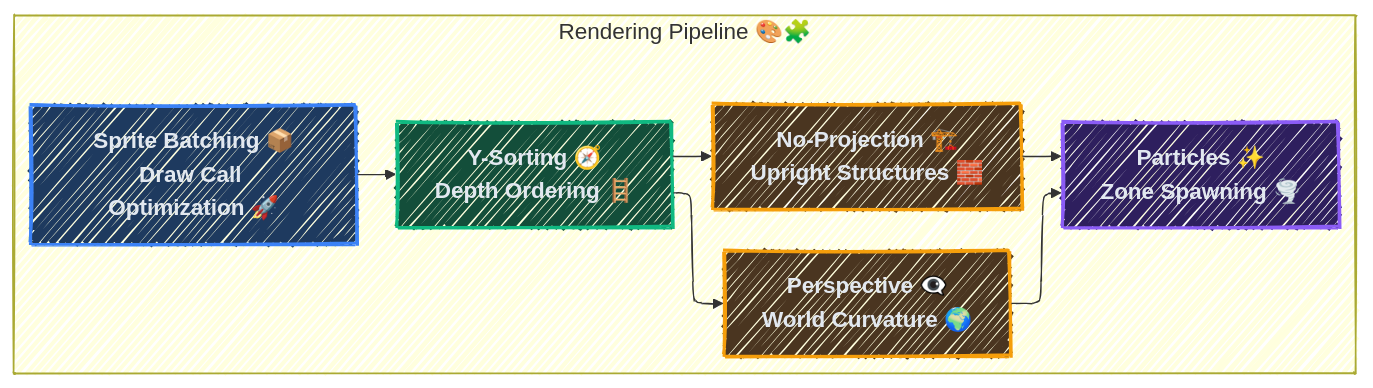
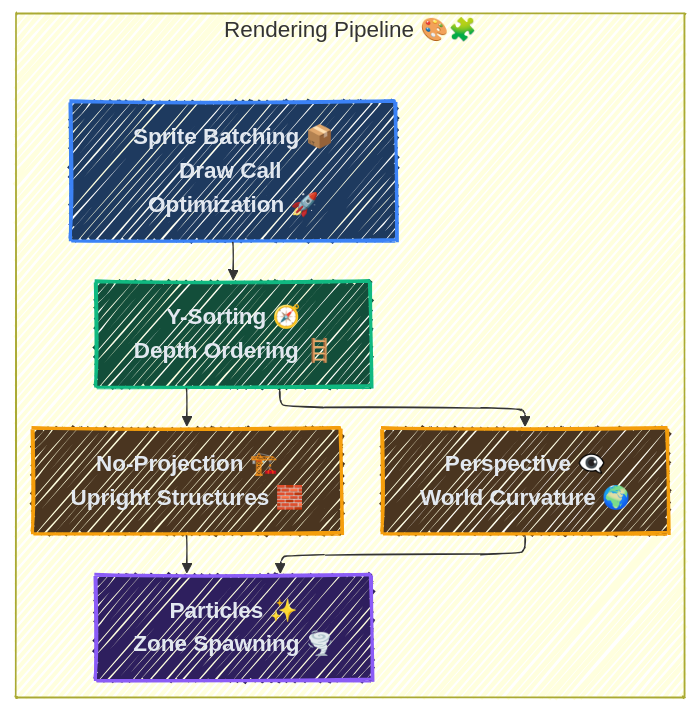
One commit to baaz777/rift changed the third of 5 diagrams in README.md. Above: the diagram before and after it, drawn with Mermaid. The commit also changed other lines of this file, not shown here.

Commit message:
🎉 Wild Game Engine - Modern 2D C++23

````diff
--- a/README.md
+++ b/README.md
@@ -102,29 +102,29 @@
 ```mermaid
 ---
 config:
   look: handDrawn
   theme: mc
   themeVariables:
     fontSize: 18px
   layout: elk
 ---
-flowchart LR
+flowchart TB
   classDef batch fill:#1e3a5f,stroke:#3b82f6,stroke-width:2.5px,color:#e2e8f0,font-weight:800
   classDef sort fill:#134e3a,stroke:#10b981,stroke-width:2.5px,color:#e2e8f0,font-weight:800
   classDef proj fill:#4a3520,stroke:#f59e0b,stroke-width:2.5px,color:#e2e8f0,font-weight:800
   classDef fx fill:#2e1f5e,stroke:#8b5cf6,stroke-width:2.5px,color:#e2e8f0,font-weight:800
 
   subgraph Pipeline["Rendering Pipeline 🎨🧩"]
     B["Sprite Batching 📦<br/>Draw Call Optimization 🚀"]:::batch
     Y["Y-Sorting 🧭<br/>Depth Ordering 🪜"]:::sort
     P["Perspective 👁️‍🗨️<br/>World Curvature 🌍"]:::proj
     N["No-Projection 🏗️<br/>Upright Structures 🧱"]:::proj
     FX["Particles ✨<br/>Zone Spawning 🌪️"]:::fx
   end
 
   B --> Y
   Y --> P
   Y --> N
   P --> FX
   N --> FX
 ```
````
